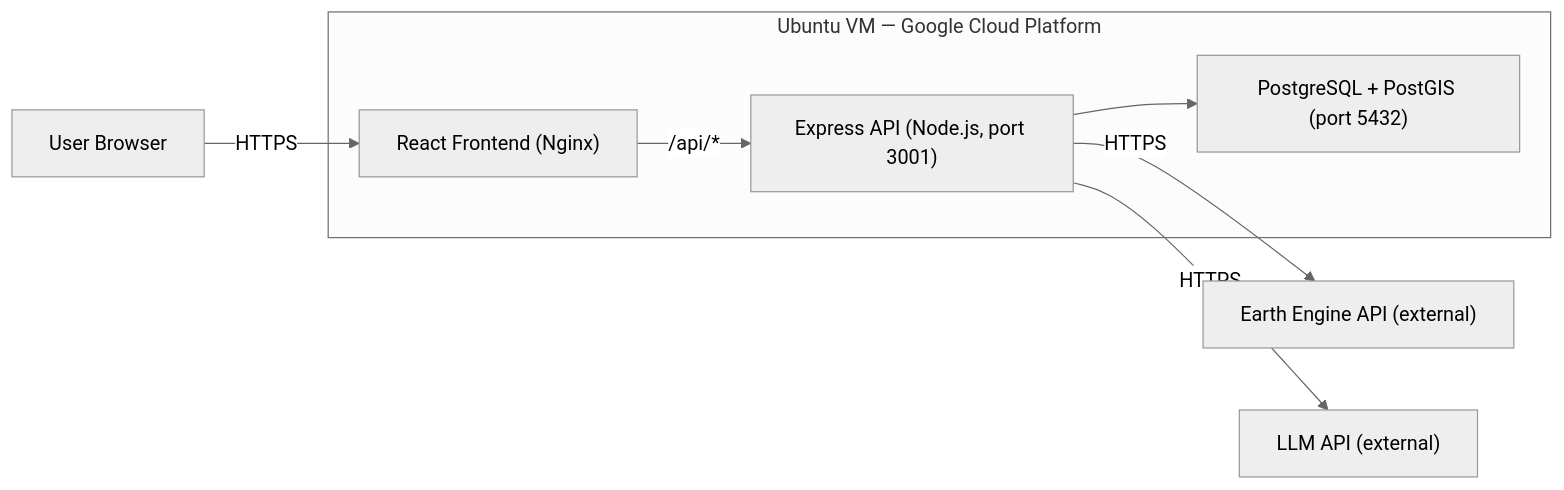
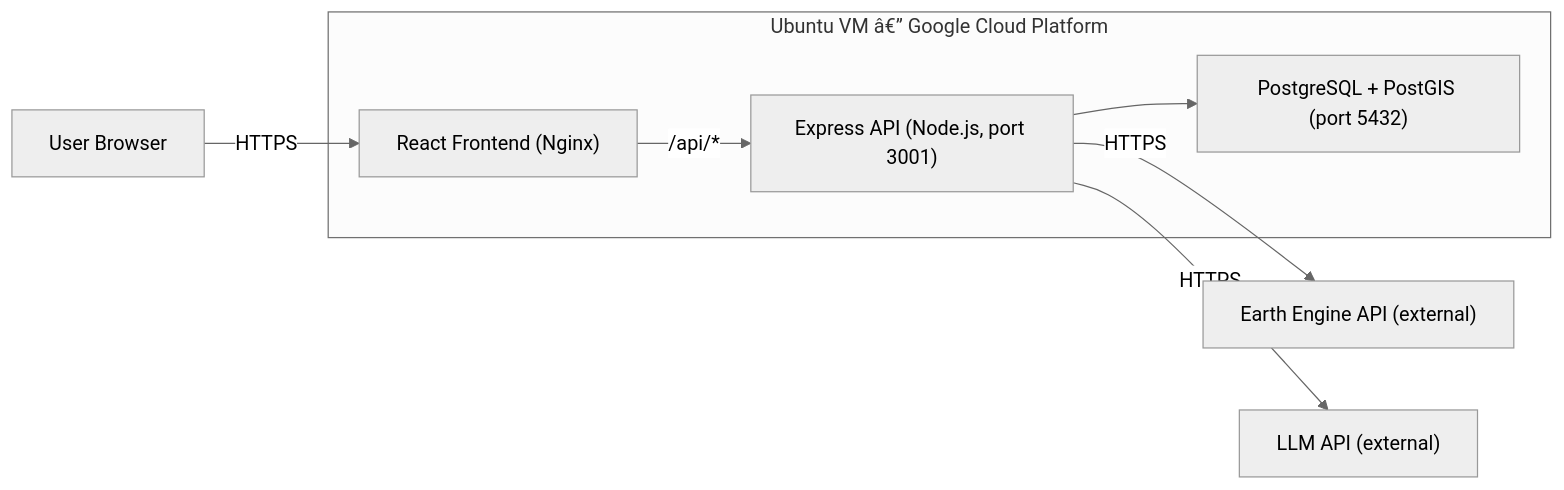
The second of 9 diagrams in .kiro/specs/heatgpt/design.md (D33pakGanesh/heatgpt-old), drawn with Mermaid (neutral theme) before and after one commit. The commit also changed other lines of this file and 2 other files, not shown here.

````diff
--- a/.kiro/specs/heatgpt/design.md
+++ b/.kiro/specs/heatgpt/design.md
@@ -43,14 +43,14 @@
 ```mermaid
 graph LR
-    subgraph GCP_VM["Ubuntu VM — Google Cloud Platform"]
+    subgraph GCP_VM["Ubuntu VM â€” Google Cloud Platform"]
         FE["React Frontend (Nginx)"]
         BE["Express API (Node.js, port 3001)"]
         PG["PostgreSQL + PostGIS (port 5432)"]
     end
 
     Browser["User Browser"] -->|HTTPS| FE
     FE -->|"/api/*"| BE
     BE --> PG
     BE -->|"HTTPS"| EE_API["Earth Engine API (external)"]
     BE -->|"HTTPS"| LLM_API["LLM API (external)"]
 ```
````
